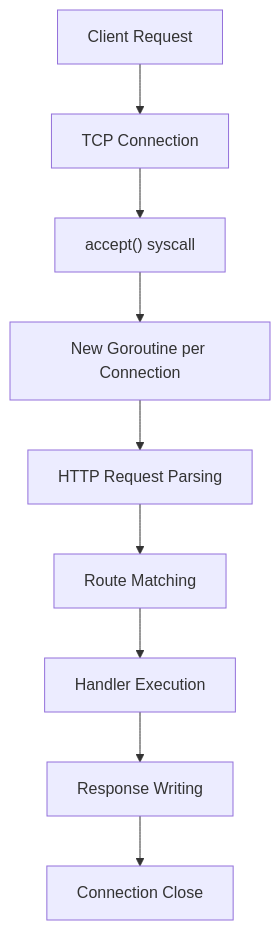
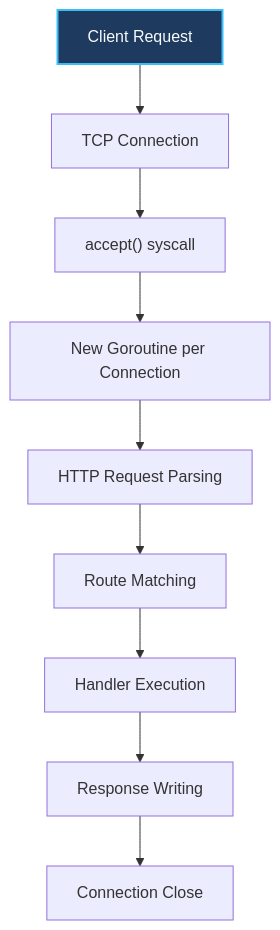
The diagram in sources/9. Бэкенд на Go (Практика разработки)/3. net_http сервер с нуля.md (UnrealTemplier/go-textbook), drawn with Mermaid before and after one commit. The commit also changed 1666 other files, not shown here.

First line of the commit message:
feat(mermaid): add semantic color classDef to 1369 colorless flowchart/graph diagrams

````diff
--- a/sources/9. Бэкенд на Go (Практика разработки)/3. net_http сервер с нуля.md
+++ b/sources/9. Бэкенд на Go (Практика разработки)/3. net_http сервер с нуля.md
@@ -271,11 +271,21 @@
 ```mermaid
 graph TD
-    A["Client Request"] --> B["TCP Connection"]
+    classDef process  fill:#1e293b,stroke:#38bdf8,stroke-width:1px,color:#f8fafc
+    classDef success  fill:#064e3b,stroke:#34d399,stroke-width:1px,color:#f8fafc
+    classDef error    fill:#7f1d1d,stroke:#f87171,stroke-width:1px,color:#f8fafc
+    classDef warning  fill:#78350f,stroke:#fbbf24,stroke-width:1px,color:#f8fafc
+    classDef entry    fill:#1e3a5f,stroke:#38bdf8,stroke-width:2px,color:#f8fafc
+    classDef aux      fill:#334155,stroke:#64748b,stroke-width:1px,color:#f8fafc
+    classDef system   fill:#312e81,stroke:#a78bfa,stroke-width:1px,color:#f8fafc
+    classDef data     fill:#132d29,stroke:#2dd4bf,stroke-width:1px,color:#f8fafc
+    classDef network  fill:#881337,stroke:#fb7185,stroke-width:1px,color:#f8fafc
+    classDef accent   fill:#1e1b4b,stroke:#818cf8,stroke-width:1px,color:#f8fafc
+    A["Client Request"]:::entry --> B["TCP Connection"]
     B --> C["accept() syscall"]
     C --> D["New Goroutine per Connection"]
     D --> E["HTTP Request Parsing"]
     E --> F["Route Matching"]
     F --> G["Handler Execution"]
     G --> H["Response Writing"]
     H --> I["Connection Close"]
 ```
````
